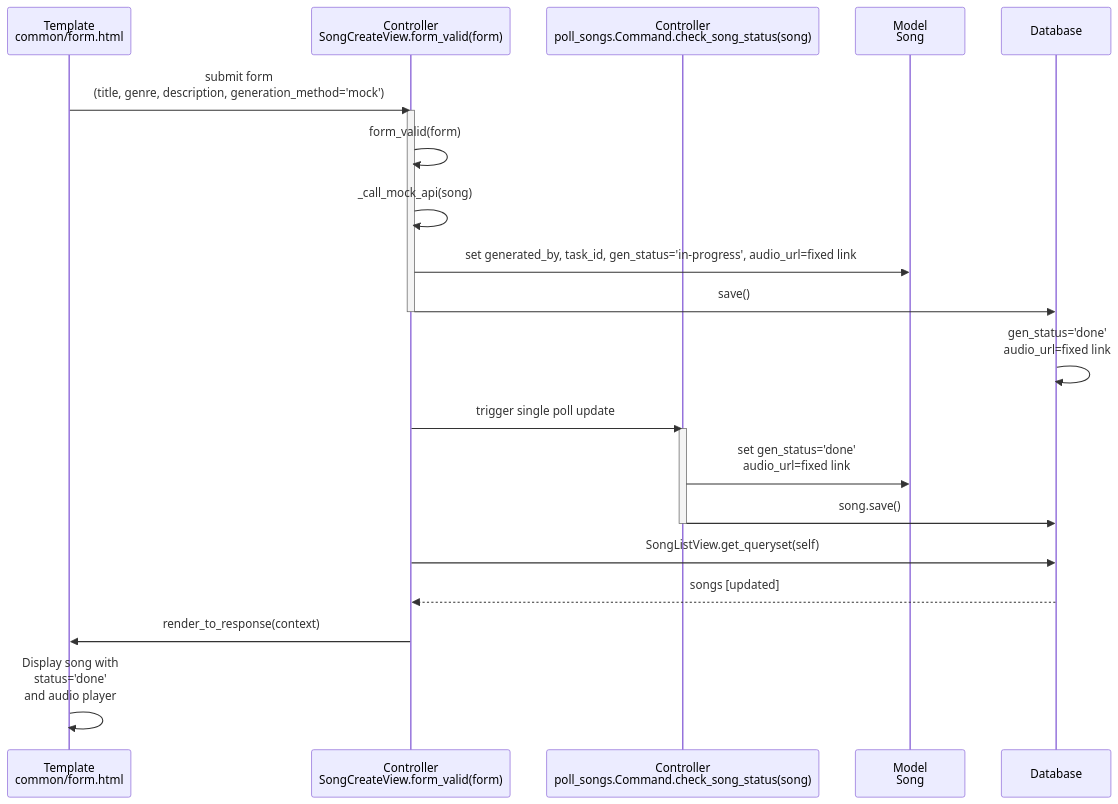
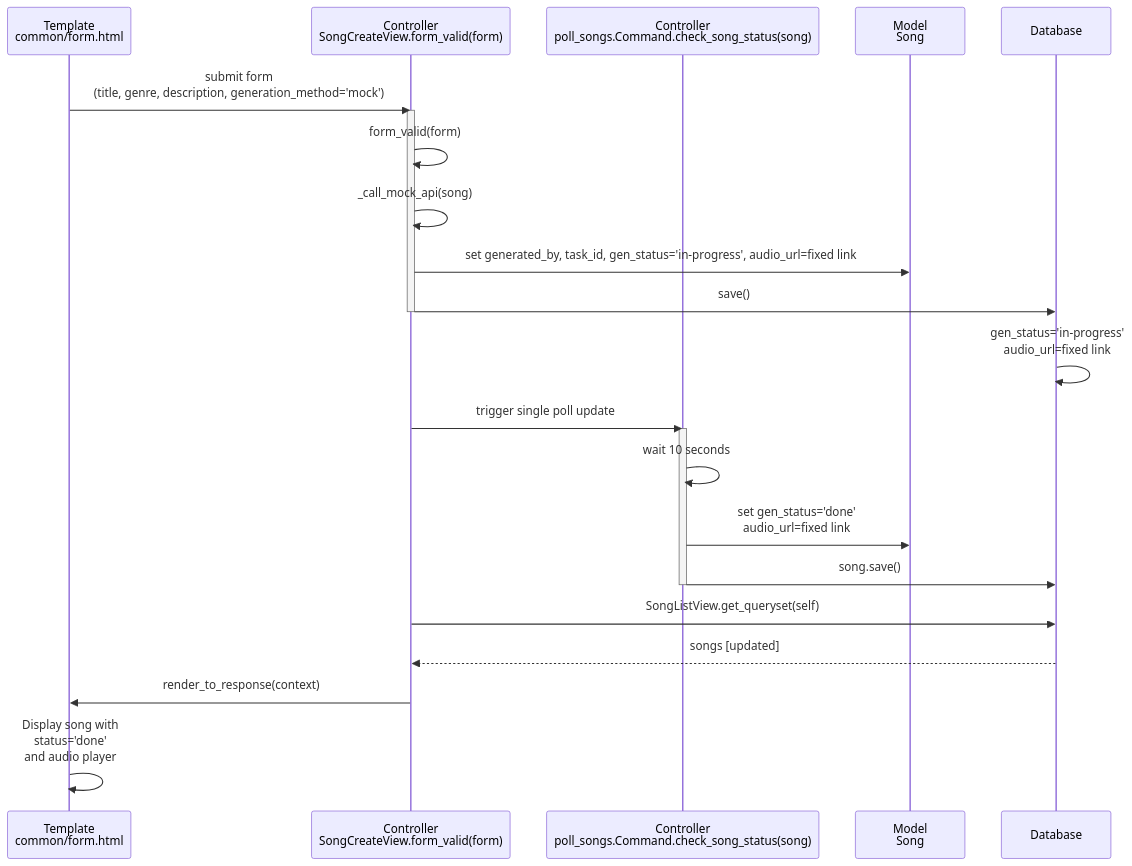
The third of 3 diagrams in README.md (taamtera/musicprojectdjango), drawn with Mermaid before and after one commit. The commit also changed other lines of this file and 1 other file, not shown here.

Commit message:
add 10 second delay for mock strat demo

````diff
--- a/README.md
+++ b/README.md
@@ -185,28 +186,29 @@
    ```mermaid
    sequenceDiagram
       participant Template as Template<br/>common/form.html
       participant SongView as Controller<br/>SongCreateView.form_valid(form)
       participant TasksView as Controller<br/>poll_songs.Command.check_song_status(song)
       participant SongModel as Model<br/>Song
       participant DB as Database
 
       Template->>SongView: submit form<br/>(title, genre, description, generation_method='mock')
       activate SongView
       SongView->>SongView: form_valid(form)
       SongView->>SongView: _call_mock_api(song)
       SongView->>SongModel: set generated_by, task_id, gen_status='in-progress', audio_url=fixed link
       SongView->>DB: save()
       deactivate SongView
-      DB->>DB: gen_status='done'<br/>audio_url=fixed link
+      DB->>DB: gen_status='in-progress'<br/>audio_url=fixed link
 
       SongView->>TasksView: trigger single poll update
       activate TasksView
+      TasksView->>TasksView: wait 10 seconds
       TasksView->>SongModel: set gen_status='done'<br/>audio_url=fixed link
       TasksView->>DB: song.save()
       deactivate TasksView
 
       SongView->>DB: SongListView.get_queryset(self)
       DB-->>SongView: songs [updated]
       SongView->>Template: render_to_response(context)
       Template->>Template: Display song with<br/>status='done'<br/>and audio player
    ```
````
